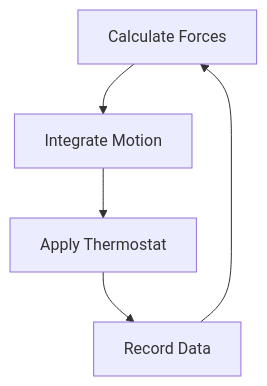
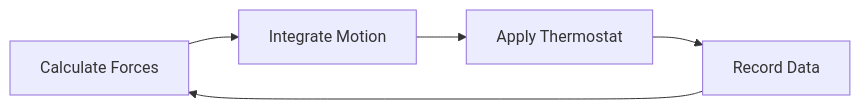
Before and after one commit to Asy508/Construction: the diagram in Notebook/sandwich.md, drawn with Mermaid.

````diff
--- a/Notebook/sandwich.md
+++ b/Notebook/sandwich.md
@@ -33,7 +33,7 @@
 ```mermaid
-flowchart TD
+flowchart LR
     A[Calculate Forces] --> B[Integrate Motion]
     B --> C[Apply Thermostat]
     C --> D[Record Data]
     D --> A
 ```
````
